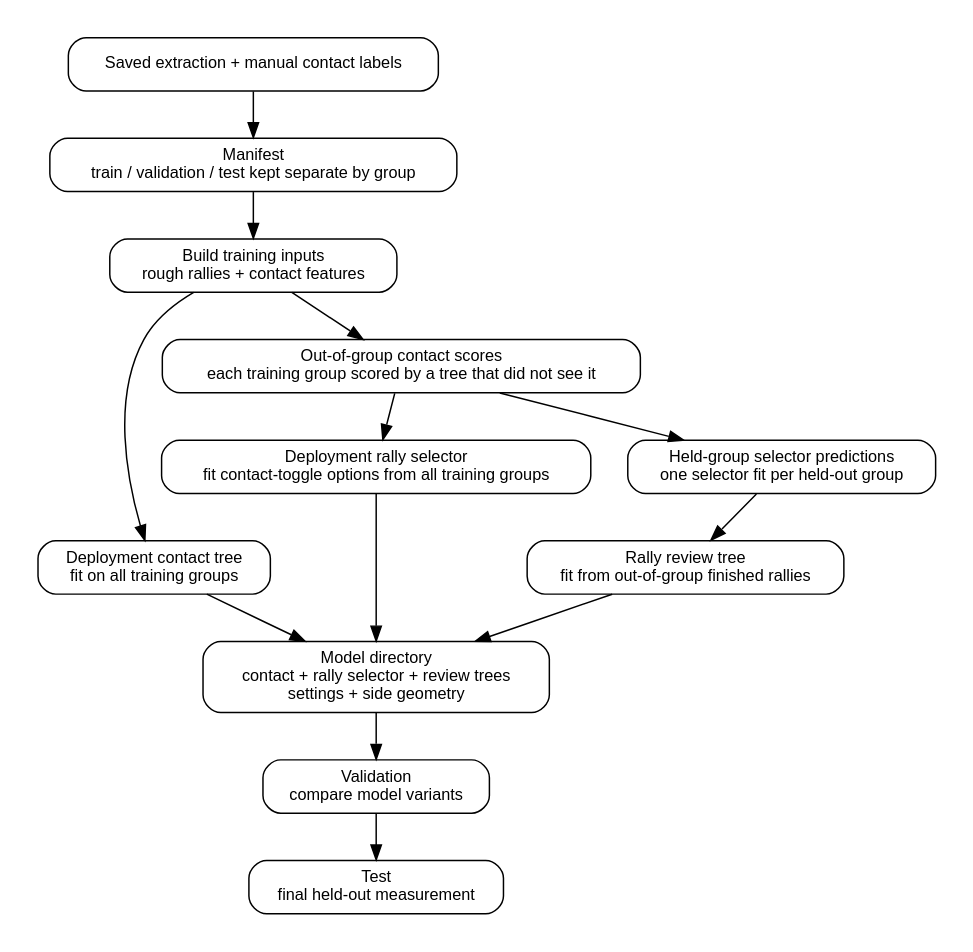
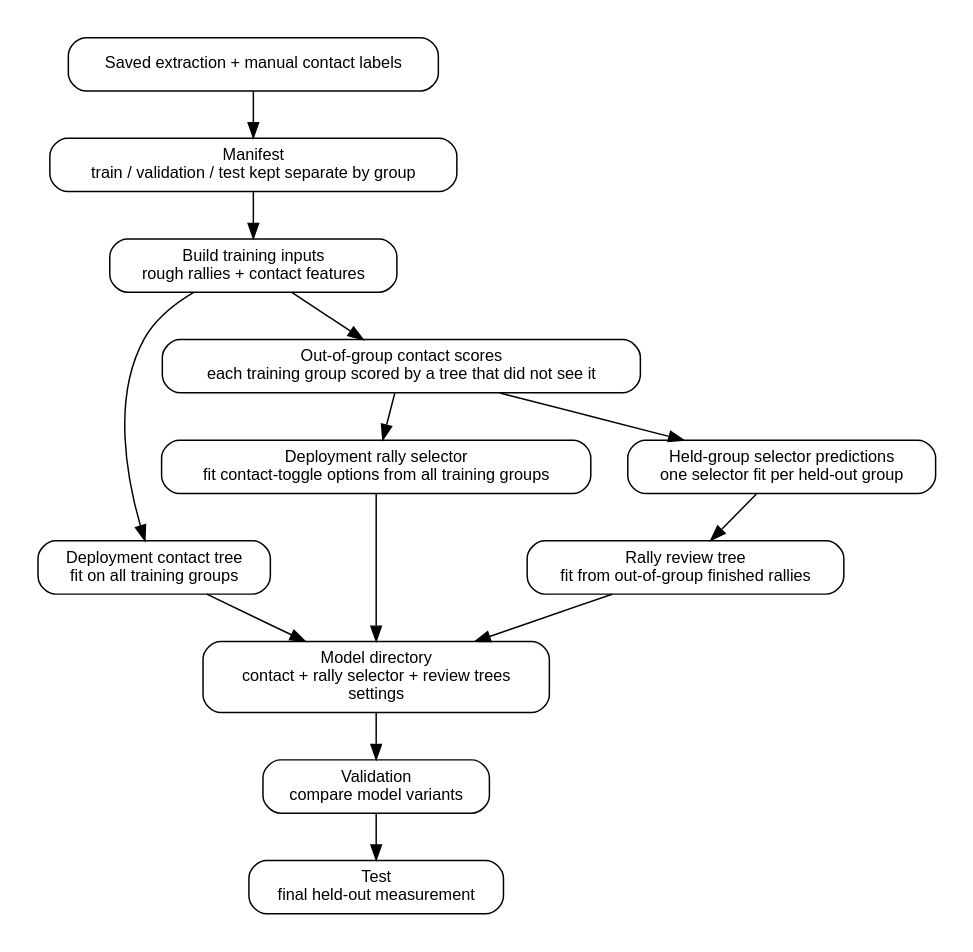
Before and after one commit to ahalp90/badminton_cv_annotator: the diagram in docs/annotator/figures/refit_flow.dot, drawn with Graphviz. The commit also changed 40 other files, not shown here.

```diff
--- a/docs/annotator/figures/refit_flow.dot
+++ b/docs/annotator/figures/refit_flow.dot
@@ -1,27 +1,27 @@
 digraph refit {
   graph [rankdir=TB, pad="0.25", nodesep="0.35", ranksep="0.45", bgcolor="white"];
   node [shape=box, style="rounded", fontname="Helvetica", fontsize=11, margin="0.12,0.08"];
   edge [fontname="Helvetica", fontsize=9];
 
   data [label="Saved extraction + manual contact labels"];
   manifest [label="Manifest\ntrain / validation / test kept separate by group"];
   heur [label="Build training inputs\nrough rallies + contact features"];
   finalcontact [label="Deployment contact tree\nfit on all training groups"];
   crosscontact [label="Out-of-group contact scores\neach training group scored by a tree that did not see it"];
   seq [label="Deployment rally selector\nfit contact-toggle options from all training groups"];
   crossseq [label="Held-group selector predictions\none selector fit per held-out group"];
   conf [label="Rally review tree\nfit from out-of-group finished rallies"];
-  bundle [label="Model directory\ncontact + rally selector + review trees\nsettings + side geometry"];
+  bundle [label="Model directory\ncontact + rally selector + review trees\nsettings"];
   val [label="Validation\ncompare model variants"];
   test [label="Test\nfinal held-out measurement"];
 
   data -> manifest -> heur;
   heur -> finalcontact;
   heur -> crosscontact;
   crosscontact -> seq;
   crosscontact -> crossseq -> conf;
   finalcontact -> bundle;
   seq -> bundle;
   conf -> bundle;
   bundle -> val -> test;
 }
```
